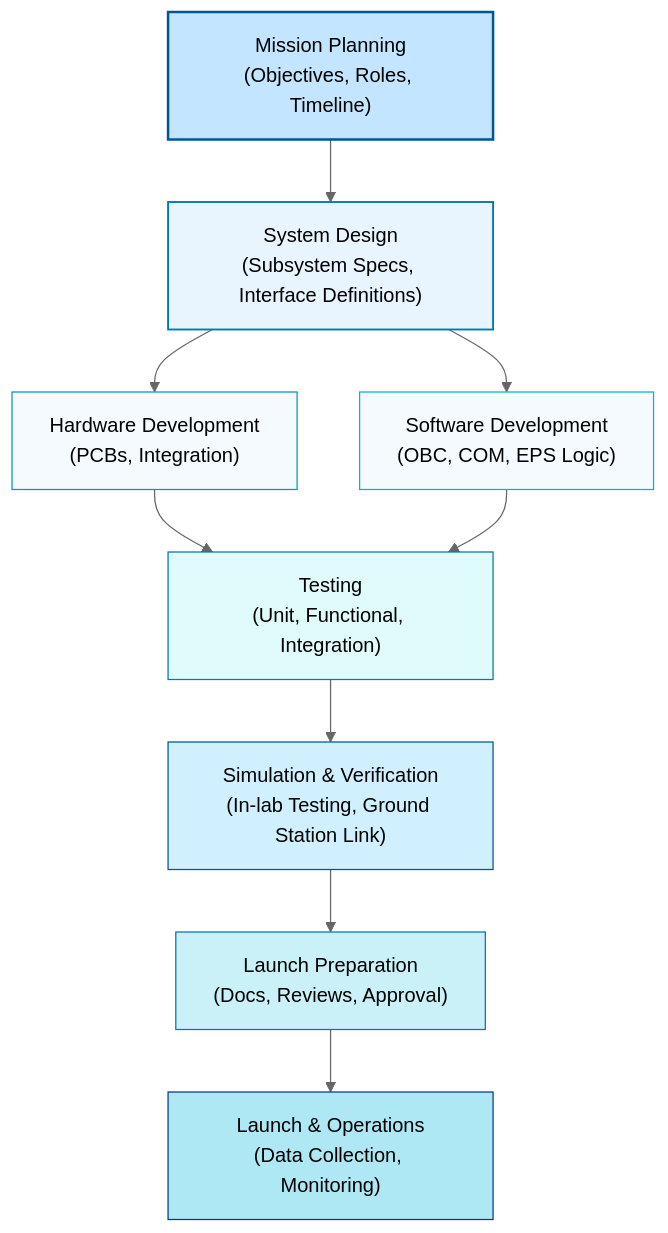
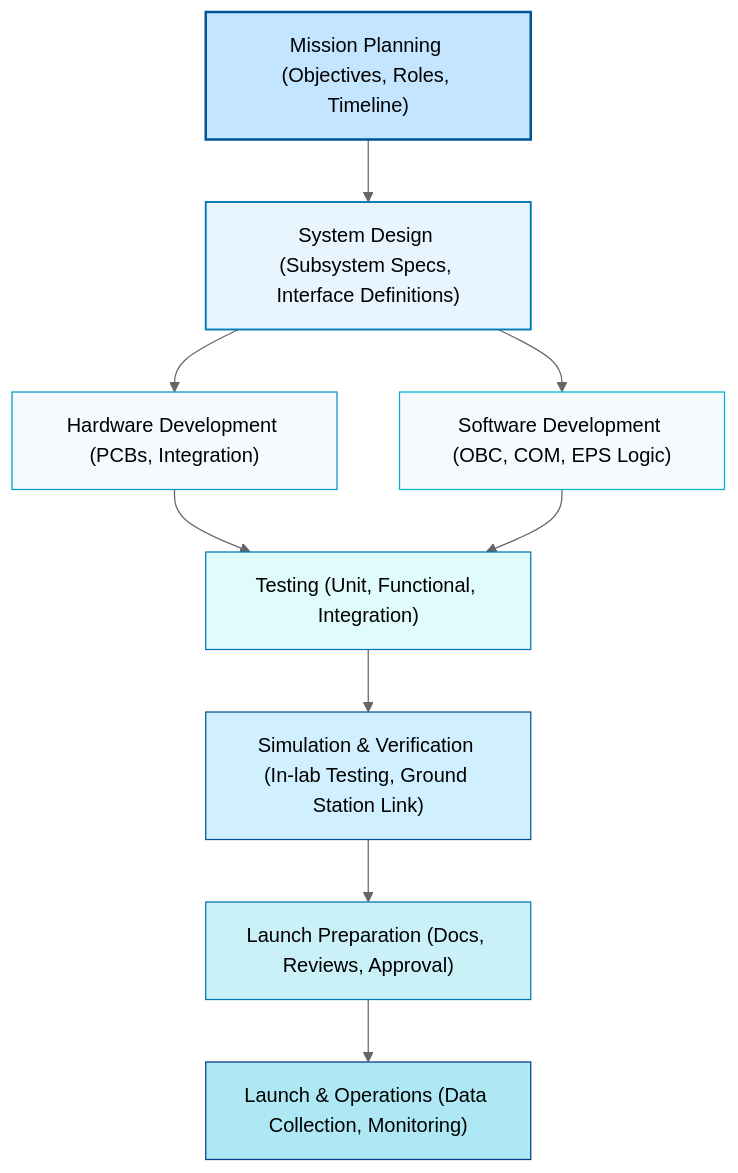
One commit to BIRDSOpenSource/BIRDSOpenSource.github.io changed the first of 2 diagrams in about/systems-engineering.md. Above: the diagram before and after it, drawn with Mermaid (neutral theme). The commit also changed 2 other files, not shown here.

Commit message:
mermaid diagrams removed \n

````diff
--- a/about/systems-engineering.md
+++ b/about/systems-engineering.md
@@ -29,20 +29,20 @@
 ```mermaid
 flowchart TD
-    A["Mission Planning\n(Objectives, Roles, Timeline)"] --> B["System Design\n(Subsystem Specs, Interface Definitions)"]
-    B --> C["Hardware Development\n(PCBs, Integration)"]
-    B --> D["Software Development\n(OBC, COM, EPS Logic)"]
-    C --> E["Testing\n(Unit, Functional, Integration)"]
+    A["Mission Planning (Objectives, Roles, Timeline)"] --> B["System Design (Subsystem Specs, Interface Definitions)"]
+    B --> C["Hardware Development (PCBs, Integration)"]
+    B --> D["Software Development (OBC, COM, EPS Logic)"]
+    C --> E["Testing (Unit, Functional, Integration)"]
     D --> E
-    E --> F["Simulation & Verification\n(In-lab Testing, Ground Station Link)"]
-    F --> G["Launch Preparation\n(Docs, Reviews, Approval)"]
-    G --> H["Launch & Operations\n(Data Collection, Monitoring)"]
+    E --> F["Simulation & Verification (In-lab Testing, Ground Station Link)"]
+    F --> G["Launch Preparation (Docs, Reviews, Approval)"]
+    G --> H["Launch & Operations (Data Collection, Monitoring)"]
 
     style A fill:#c3e5ff,stroke:#005596,stroke-width:2px
     style B fill:#e8f5ff,stroke:#0077b6,stroke-width:1.5px
     style C fill:#f5faff,stroke:#0096c7
     style D fill:#f5faff,stroke:#00b4d8
     style E fill:#e0fbfc,stroke:#0077b6
     style F fill:#d0f0ff,stroke:#005596
     style G fill:#caf0f8,stroke:#0077b6
     style H fill:#ade8f4,stroke:#023e8a
 ```
````
